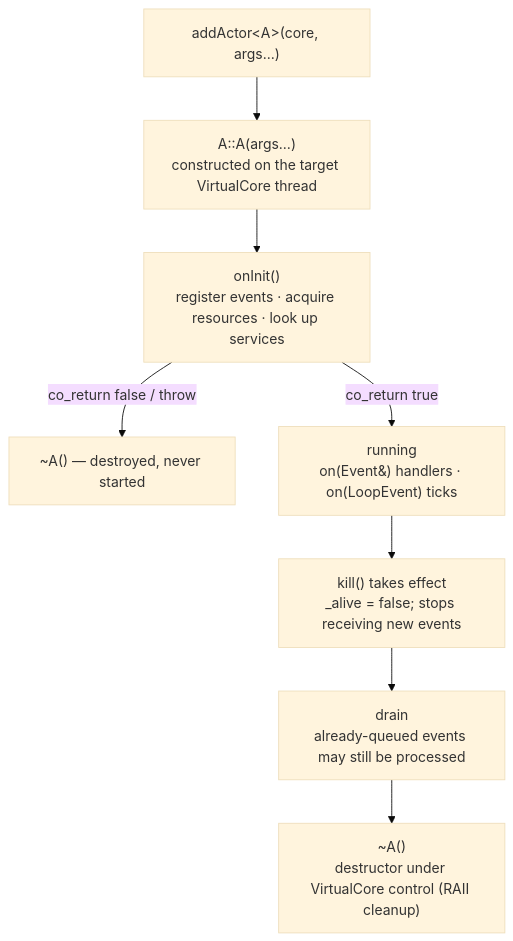
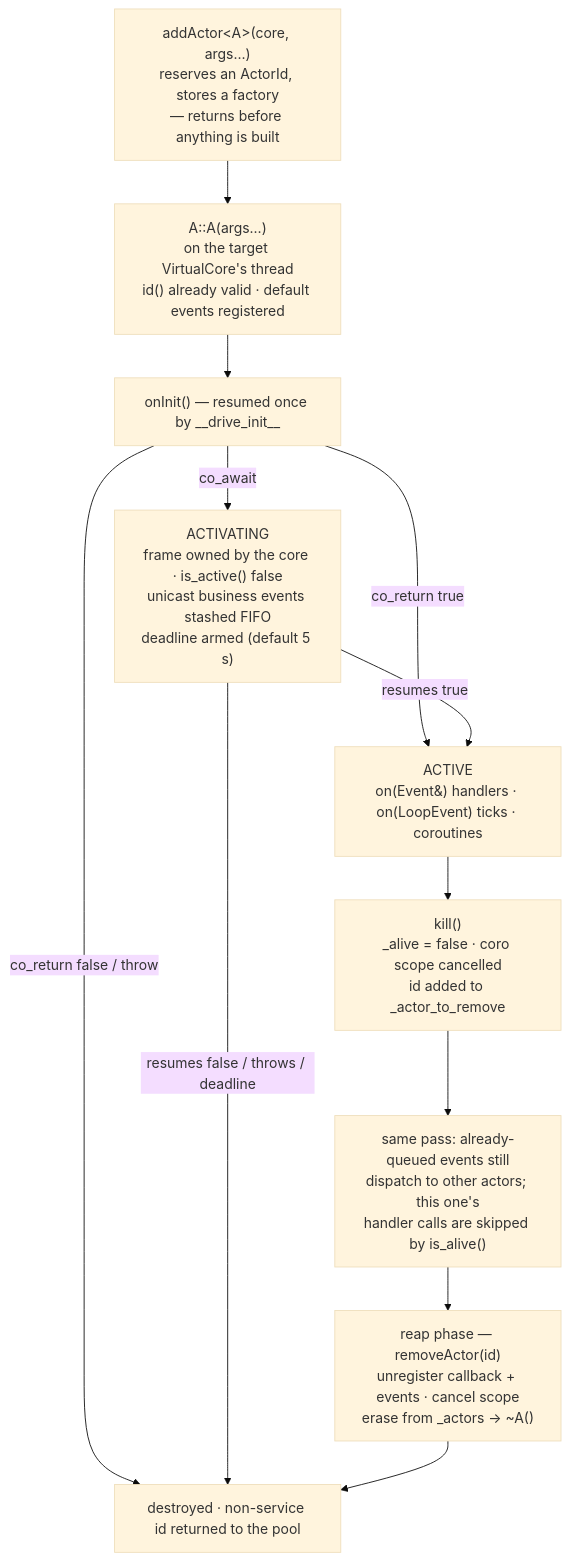
Before and after one commit to isndev/qb: the diagram in readme/4_qb_core/actor.md, drawn with Mermaid (base theme). The commit also changed other lines of this file and 16 other files, not shown here.

````diff
--- a/readme/4_qb_core/actor.md
+++ b/readme/4_qb_core/actor.md
@@ -142,10 +75,15 @@
 ```mermaid
 flowchart TD
-    AA["addActor&lt;A&gt;(core, args…)"] --> CT["A::A(args…)<br/>constructed on the target VirtualCore thread"]
-    CT --> OI["onInit()<br/>register events · acquire resources · look up services"]
-    OI -- "co_return false / throw" --> DX["~A() — destroyed, never started"]
-    OI -- "co_return true" --> RUN["running<br/>on(Event&) handlers · on(LoopEvent) ticks"]
-    RUN --> K["kill() takes effect<br/>_alive = false; stops receiving new events"]
-    K --> DR["drain<br/>already-queued events may still be processed"]
-    DR --> DT["~A()<br/>destructor under VirtualCore control (RAII cleanup)"]
+    AA["addActor&lt;A&gt;(core, args…)<br/>reserves an ActorId, stores a factory<br/>— returns before anything is built"] --> CT
+    CT["A::A(args…)<br/>on the target VirtualCore's thread<br/>id() already valid · default events registered"] --> OI
+    OI["onInit() — resumed once by __drive_init__"] -->|"co_return true"| ACT
+    OI -->|"co_return false / throw"| DX
+    OI -->|"co_await"| SUS
+    SUS["ACTIVATING<br/>frame owned by the core · is_active() false<br/>unicast business events stashed FIFO<br/>deadline armed (default 5 s)"] -->|"resumes true"| ACT
+    SUS -->|"resumes false / throws / deadline"| DX
+    ACT["ACTIVE<br/>on(Event&amp;) handlers · on(LoopEvent) ticks · coroutines"] --> K
+    K["kill()<br/>_alive = false · coro scope cancelled<br/>id added to _actor_to_remove"] --> DR
+    DR["same pass: already-queued events still<br/>dispatch to other actors; this one's<br/>handler calls are skipped by is_alive()"] --> RP
+    RP["reap phase — removeActor(id)<br/>unregister callback + events · cancel scope<br/>erase from _actors → ~A()"] --> DX
+    DX["destroyed · non-service id returned to the pool"]
 ```
````
